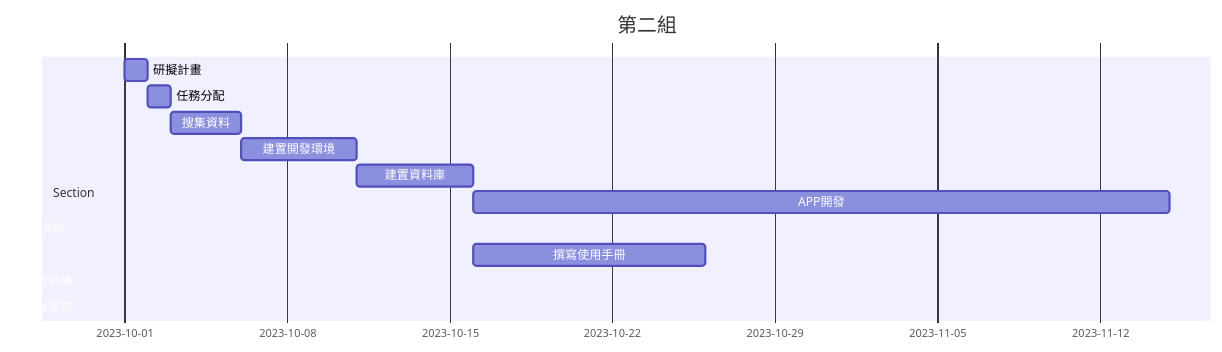
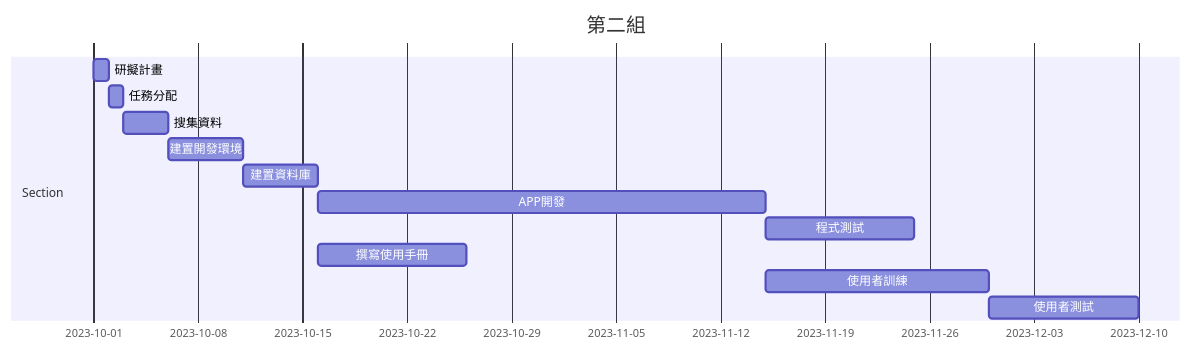
Before and after one commit to natsuki221/Team2: the diagram in README.md, drawn with Mermaid.

````diff
--- a/README.md
+++ b/README.md
@@ -9,16 +9,16 @@
 ```mermaid
 gantt
     title 第二組
 
     section Section
     研擬計畫       :a1, 2023-10-01,1d
     任務分配       :a2, after a1,1d
     搜集資料       :a3, after a2,3d
     建置開發環境    :a4, after a3,5d
     建置資料庫      :a5, after a4,5d
     APP開發        :a6, after a5,30d
-    程式測試        :a8, after a7,10d
-    撰寫使用手冊     :a9, after a5,10d
-    使用者訓練       :a10, after a7,15d
-    使用者測試       :a11, after a10,10d
+    程式測試        :a7, after a6,10d
+    撰寫使用手冊     :a8, after a5,10d
+    使用者訓練       :a9, after a6,15d
+    使用者測試       :a10, after a9,10d
 ```
````
